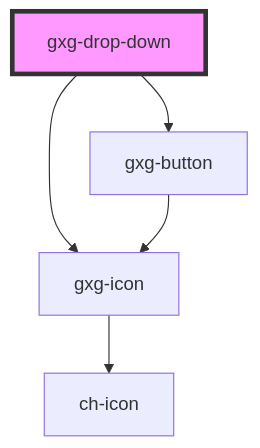
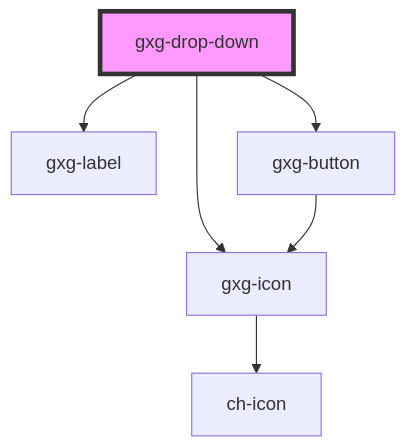
One commit to genexuslabs/gemini changed the diagram in src/components/drop-down/readme.md. Above: the diagram before and after it, drawn with Mermaid. The commit also changed other lines of this file and 59 other files, not shown here.

Commit message:
update "label" with "gxg-label"

````diff
--- a/src/components/drop-down/readme.md
+++ b/src/components/drop-down/readme.md
@@ -39,8 +40,9 @@
 ```mermaid
 graph TD;
+  gxg-drop-down --> gxg-label
   gxg-drop-down --> gxg-icon
   gxg-drop-down --> gxg-button
   gxg-icon --> ch-icon
   gxg-button --> gxg-icon
   style gxg-drop-down fill:#f9f,stroke:#333,stroke-width:4px
 ```
````
